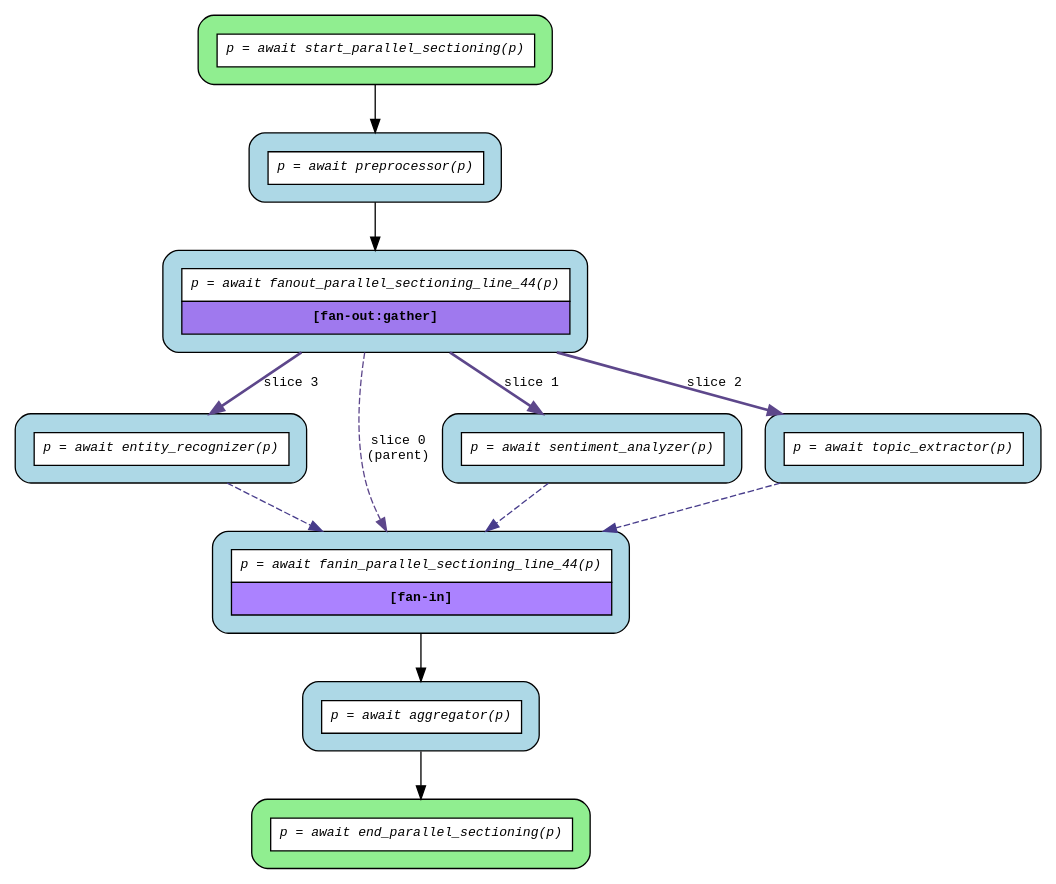
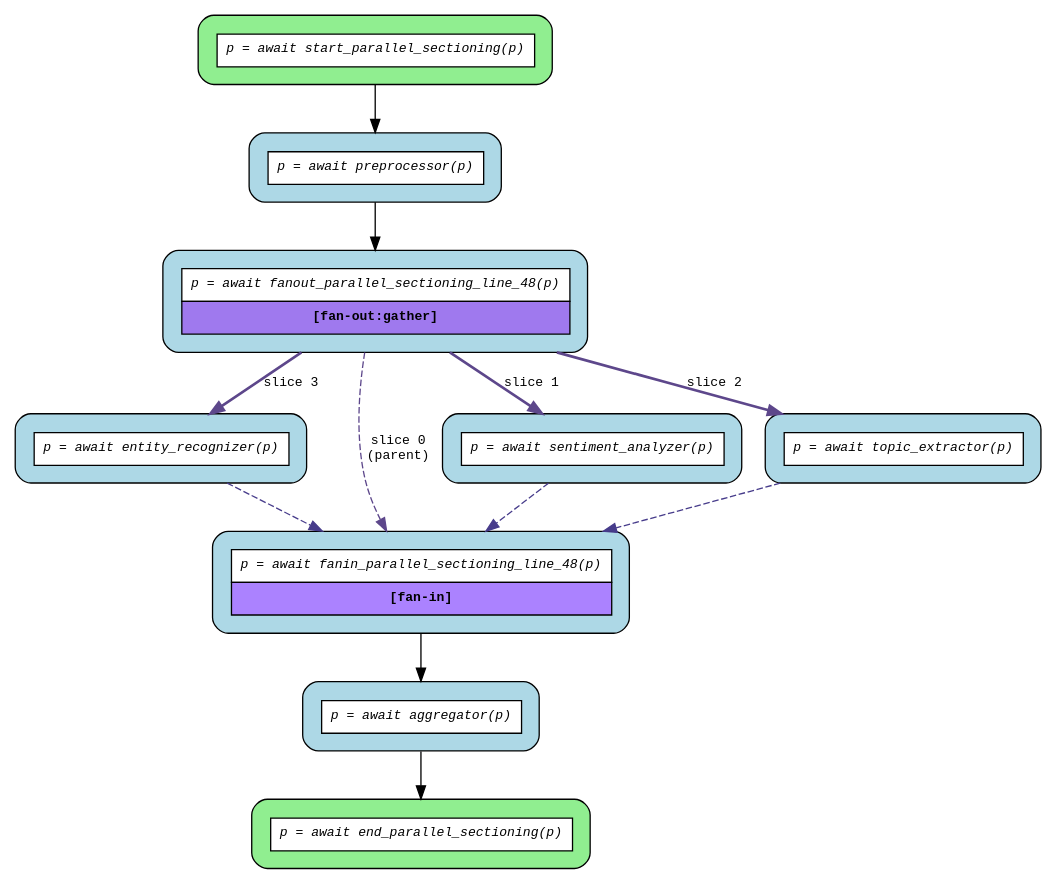
The diagram in examples/flows/agentic/compiled/parallel_sectioning/flow.dot (deliveryhero/asya), drawn with Graphviz before and after one commit. The commit also changed 252 other files, not shown here.

First line of the commit message:
fix(flow): add @flow decorator requirement to flow entry points

```diff
--- a/examples/flows/agentic/compiled/parallel_sectioning/flow.dot
+++ b/examples/flows/agentic/compiled/parallel_sectioning/flow.dot
@@ -1,28 +1,28 @@
 digraph flow {
   rankdir=TB;
   graph [fontname="Courier", fontsize=10];
   node [fontname="Courier", fontsize=10, shape=box, style="filled,rounded", margin="0.2"];
   edge [fontname="Courier", fontsize=10];
 
   start_parallel_sectioning [fillcolor="lightgreen", group="main", label=<<table border="0" cellspacing="0" cellpadding="6" cellborder="1"><tr><td bgcolor="white" align="center"><i>p = await start_parallel_sectioning(p)</i></td></tr></table>>];
-  fanout_parallel_sectioning_line_44 [fillcolor="lightblue", group="main", label=<<table border="0" cellspacing="0" cellpadding="6" cellborder="1"><tr><td bgcolor="white" align="center"><i>p = await fanout_parallel_sectioning_line_44(p)</i></td></tr><tr><td bgcolor="mediumpurple2" align="center"><b>[fan-out:gather]</b></td></tr></table>>];
+  fanout_parallel_sectioning_line_48 [fillcolor="lightblue", group="main", label=<<table border="0" cellspacing="0" cellpadding="6" cellborder="1"><tr><td bgcolor="white" align="center"><i>p = await fanout_parallel_sectioning_line_48(p)</i></td></tr><tr><td bgcolor="mediumpurple2" align="center"><b>[fan-out:gather]</b></td></tr></table>>];
   end_parallel_sectioning [fillcolor="lightgreen", group="main", label=<<table border="0" cellspacing="0" cellpadding="6" cellborder="1"><tr><td bgcolor="white" align="center"><i>p = await end_parallel_sectioning(p)</i></td></tr></table>>];
   aggregator [fillcolor="lightblue", label=<<table border="0" cellspacing="0" cellpadding="6" cellborder="1"><tr><td bgcolor="white" align="center"><i>p = await aggregator(p)</i></td></tr></table>>];
   entity_recognizer [fillcolor="lightblue", label=<<table border="0" cellspacing="0" cellpadding="6" cellborder="1"><tr><td bgcolor="white" align="center"><i>p = await entity_recognizer(p)</i></td></tr></table>>];
-  fanin_parallel_sectioning_line_44 [fillcolor="lightblue", label=<<table border="0" cellspacing="0" cellpadding="6" cellborder="1"><tr><td bgcolor="white" align="center"><i>p = await fanin_parallel_sectioning_line_44(p)</i></td></tr><tr><td bgcolor="mediumpurple1" align="center"><b>[fan-in]</b></td></tr></table>>];
+  fanin_parallel_sectioning_line_48 [fillcolor="lightblue", label=<<table border="0" cellspacing="0" cellpadding="6" cellborder="1"><tr><td bgcolor="white" align="center"><i>p = await fanin_parallel_sectioning_line_48(p)</i></td></tr><tr><td bgcolor="mediumpurple1" align="center"><b>[fan-in]</b></td></tr></table>>];
   preprocessor [fillcolor="lightblue", label=<<table border="0" cellspacing="0" cellpadding="6" cellborder="1"><tr><td bgcolor="white" align="center"><i>p = await preprocessor(p)</i></td></tr></table>>];
   sentiment_analyzer [fillcolor="lightblue", label=<<table border="0" cellspacing="0" cellpadding="6" cellborder="1"><tr><td bgcolor="white" align="center"><i>p = await sentiment_analyzer(p)</i></td></tr></table>>];
   topic_extractor [fillcolor="lightblue", label=<<table border="0" cellspacing="0" cellpadding="6" cellborder="1"><tr><td bgcolor="white" align="center"><i>p = await topic_extractor(p)</i></td></tr></table>>];
 
   aggregator -> end_parallel_sectioning;
-  entity_recognizer -> fanin_parallel_sectioning_line_44 [color=slateblue4, style=dashed];
-  fanin_parallel_sectioning_line_44 -> aggregator;
-  fanout_parallel_sectioning_line_44 -> entity_recognizer [color=mediumpurple4, label="slice 3", style=bold];
-  fanout_parallel_sectioning_line_44 -> fanin_parallel_sectioning_line_44 [color=mediumpurple4, label="slice 0\n(parent)", style=dashed];
-  fanout_parallel_sectioning_line_44 -> sentiment_analyzer [color=mediumpurple4, label="slice 1", style=bold];
-  fanout_parallel_sectioning_line_44 -> topic_extractor [color=mediumpurple4, label="slice 2", style=bold];
-  preprocessor -> fanout_parallel_sectioning_line_44;
-  sentiment_analyzer -> fanin_parallel_sectioning_line_44 [color=slateblue4, style=dashed];
+  entity_recognizer -> fanin_parallel_sectioning_line_48 [color=slateblue4, style=dashed];
+  fanin_parallel_sectioning_line_48 -> aggregator;
+  fanout_parallel_sectioning_line_48 -> entity_recognizer [color=mediumpurple4, label="slice 3", style=bold];
+  fanout_parallel_sectioning_line_48 -> fanin_parallel_sectioning_line_48 [color=mediumpurple4, label="slice 0\n(parent)", style=dashed];
+  fanout_parallel_sectioning_line_48 -> sentiment_analyzer [color=mediumpurple4, label="slice 1", style=bold];
+  fanout_parallel_sectioning_line_48 -> topic_extractor [color=mediumpurple4, label="slice 2", style=bold];
+  preprocessor -> fanout_parallel_sectioning_line_48;
+  sentiment_analyzer -> fanin_parallel_sectioning_line_48 [color=slateblue4, style=dashed];
   start_parallel_sectioning -> preprocessor;
-  topic_extractor -> fanin_parallel_sectioning_line_44 [color=slateblue4, style=dashed];
+  topic_extractor -> fanin_parallel_sectioning_line_48 [color=slateblue4, style=dashed];
 }
```
